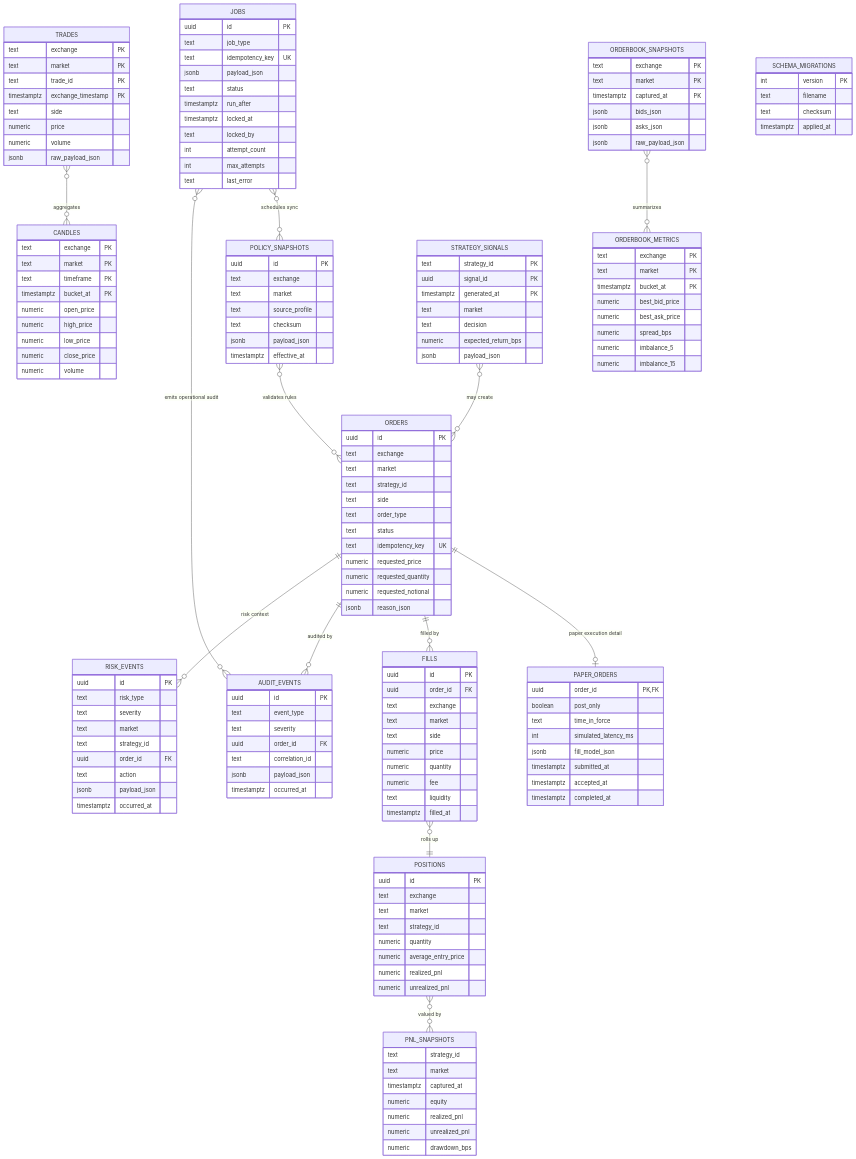
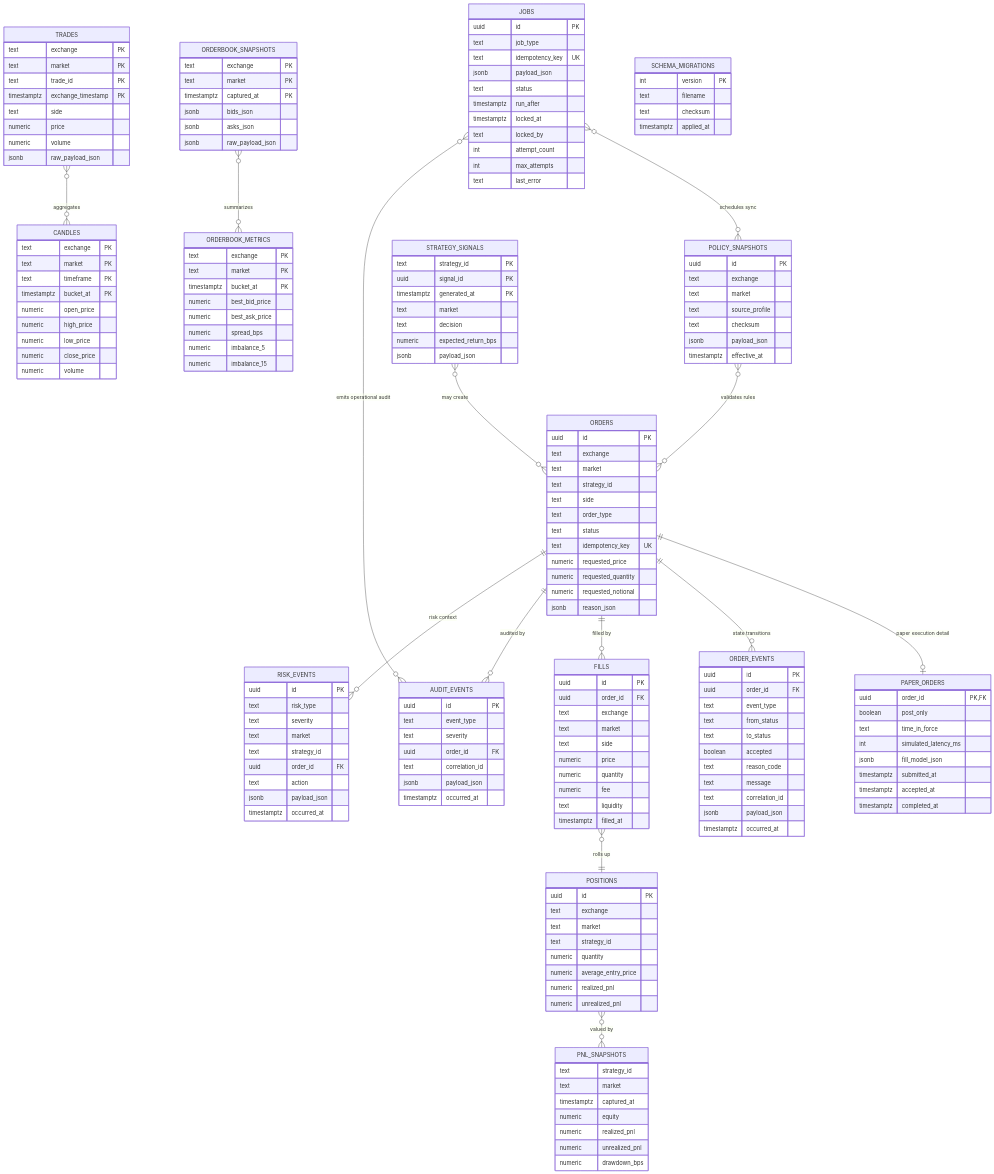
Before and after one commit to limcpf/seemirai: the diagram in docs/design-docs/2026-05-15-m1-database-schema.md, drawn with Mermaid. The commit also changed other lines of this file and 16 other files, not shown here.

````diff
--- a/docs/design-docs/2026-05-15-m1-database-schema.md
+++ b/docs/design-docs/2026-05-15-m1-database-schema.md
@@ -42,6 +44,7 @@
 ```mermaid
 erDiagram
   ORDERS ||--o| PAPER_ORDERS : "paper execution detail"
+  ORDERS ||--o{ ORDER_EVENTS : "state transitions"
   ORDERS ||--o{ FILLS : "filled by"
   ORDERS ||--o{ AUDIT_EVENTS : "audited by"
   ORDERS ||--o{ RISK_EVENTS : "risk context"
@@ -85,6 +88,20 @@
     timestamptz submitted_at
     timestamptz accepted_at
     timestamptz completed_at
+  }
+
+  ORDER_EVENTS {
+    uuid id PK
+    uuid order_id FK
+    text event_type
+    text from_status
+    text to_status
+    boolean accepted
+    text reason_code
+    text message
+    text correlation_id
+    jsonb payload_json
+    timestamptz occurred_at
   }
 
   FILLS {
````
